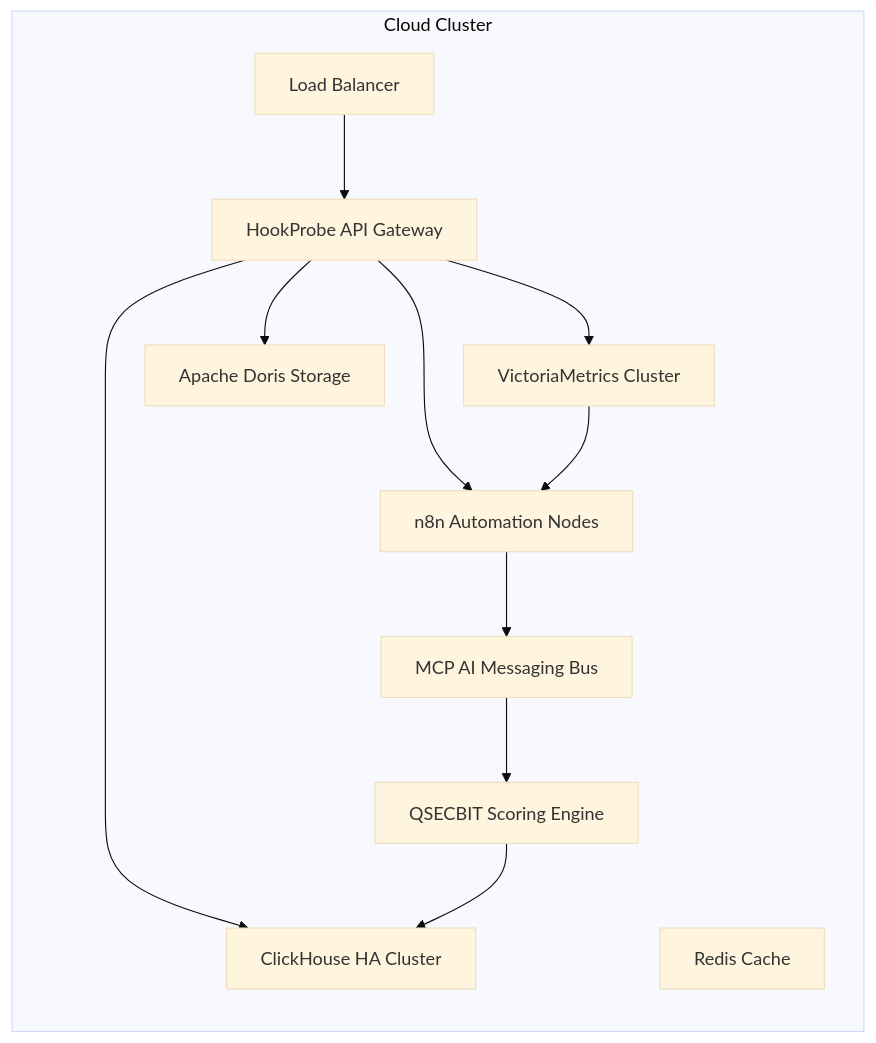
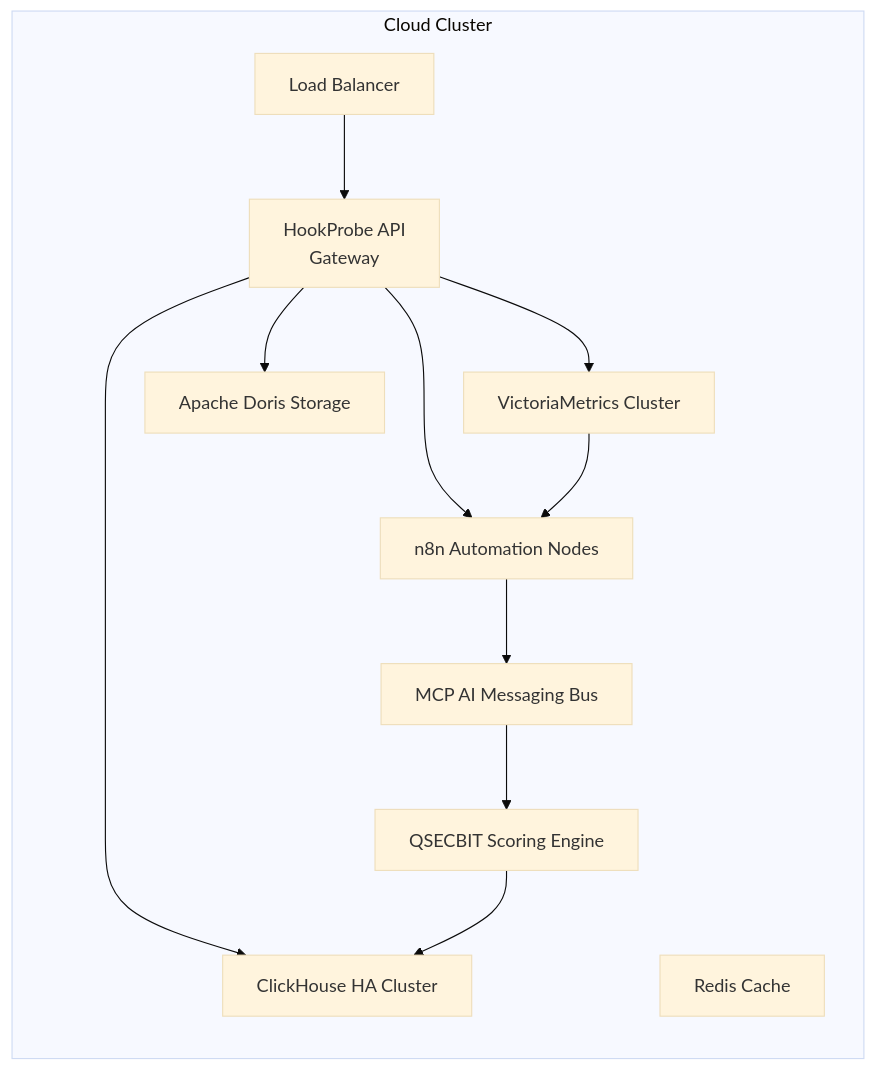
The third of 5 diagrams in install/addons/n8n/AUTOMATION.md (hookprobe/hookprobe), drawn with Mermaid (base theme) before and after one commit. The commit also changed other lines of this file, not shown here.

First line of the commit message:
Refactor Mermaid diagrams for automation documentation

````diff
--- a/install/addons/n8n/AUTOMATION.md
+++ b/install/addons/n8n/AUTOMATION.md
@@ -100,22 +98,22 @@
 ```mermaid
 flowchart LR
     subgraph CLOUD["Cloud Cluster"]
-        LB[Load Balancer]
-        API[HookProbe API Gateway]
-        N8N[n8n Automation Nodes]
-        MCP[MCP AI Messaging Bus]
-        QSEC[QSECBIT Scoring Engine]
-        CH[ClickHouse HA Cluster]
-        VM[VictoriaMetrics Cluster]
-        DORIS[Apache Doris Storage]
-        REDIS[Redis Cache]
+        LB["Load Balancer"]
+        API["HookProbe API<br>Gateway"]
+        N8N["n8n Automation Nodes"]
+        MCP["MCP AI Messaging Bus"]
+        QSEC["QSECBIT Scoring Engine"]
+        CH["ClickHouse HA Cluster"]
+        VM["VictoriaMetrics Cluster"]
+        DORIS["Apache Doris Storage"]
+        REDIS["Redis Cache"]
     end
 
     LB --> API --> N8N
     API --> CH
     API --> VM
     API --> DORIS
     N8N --> MCP --> QSEC
     QSEC --> CH
     VM --> N8N
 ```
````
